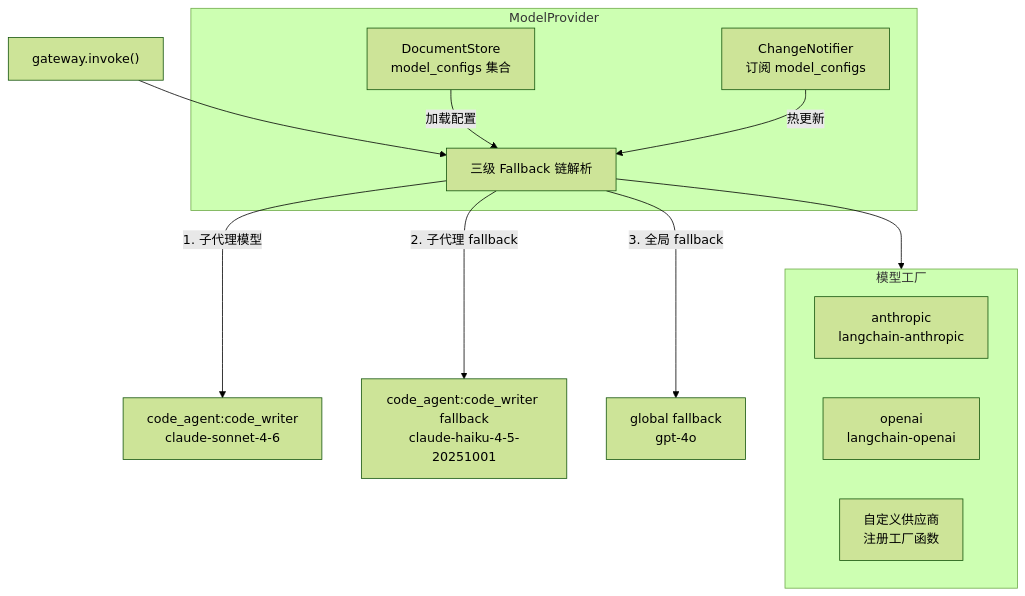
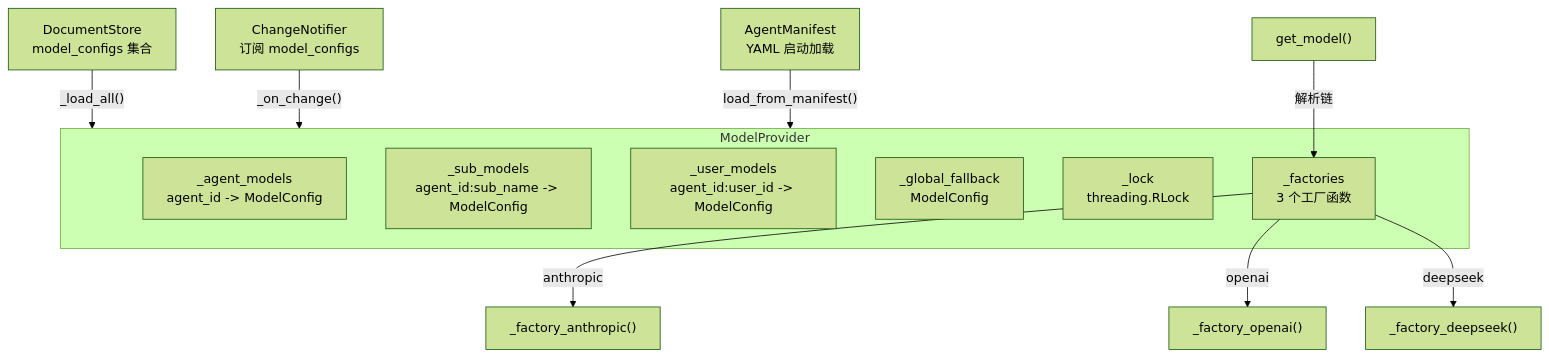
The second of 3 diagrams in doc/modules/models.md (heelynn/artipivot), drawn with Mermaid (forest theme) before and after one commit. The commit also changed other lines of this file and 64 other files, not shown here.

````diff
--- a/doc/modules/models.md
+++ b/doc/modules/models.md
@@ -5,24 +22,20 @@
 ```mermaid
 flowchart TD
     subgraph ModelProvider
-        Store["DocumentStore<br/>model_configs 集合"]
-        Notifier["ChangeNotifier<br/>订阅 model_configs"]
-        Chain["三级 Fallback 链解析"]
+        AM["_agent_models<br/>agent_id -> ModelConfig"]
+        SM["_sub_models<br/>agent_id:sub_name -> ModelConfig"]
+        UM["_user_models<br/>agent_id:user_id -> ModelConfig"]
+        GF["_global_fallback<br/>ModelConfig"]
+        LOCK["_lock<br/>threading.RLock"]
+        FACT["_factories<br/>3 个工厂函数"]
     end
 
-    invoke["gateway.invoke()"] --> Chain
-    Chain --> |"1. 子代理模型"| SA["code_agent:code_writer<br/>claude-sonnet-4-6"]
-    Chain --> |"2. 子代理 fallback"| SAFB["code_agent:code_writer fallback<br/>claude-haiku-4-5-20251001"]
-    Chain --> |"3. 全局 fallback"| GF["global fallback<br/>gpt-4o"]
+    DS["DocumentStore<br/>model_configs 集合"] -->|"_load_all()"| ModelProvider
+    NOTIFIER["ChangeNotifier<br/>订阅 model_configs"] -->|"_on_change()"| ModelProvider
+    MANIFEST["AgentManifest<br/>YAML 启动加载"] -->|"load_from_manifest()"| ModelProvider
 
-    Store --> |"加载配置"| Chain
-    Notifier --> |"热更新"| Chain
-
-    subgraph Factories["模型工厂"]
-        Anthropic["anthropic<br/>langchain-anthropic"]
-        OpenAI["openai<br/>langchain-openai"]
-        Custom["自定义供应商<br/>注册工厂函数"]
-    end
-
-    Chain --> Factories
+    RESOLVE["get_model()"] -->|"解析链"| FACT
+    FACT -->|"anthropic"| FA["_factory_anthropic()"]
+    FACT -->|"openai"| FO["_factory_openai()"]
+    FACT -->|"deepseek"| FD["_factory_deepseek()"]
 ```
````
